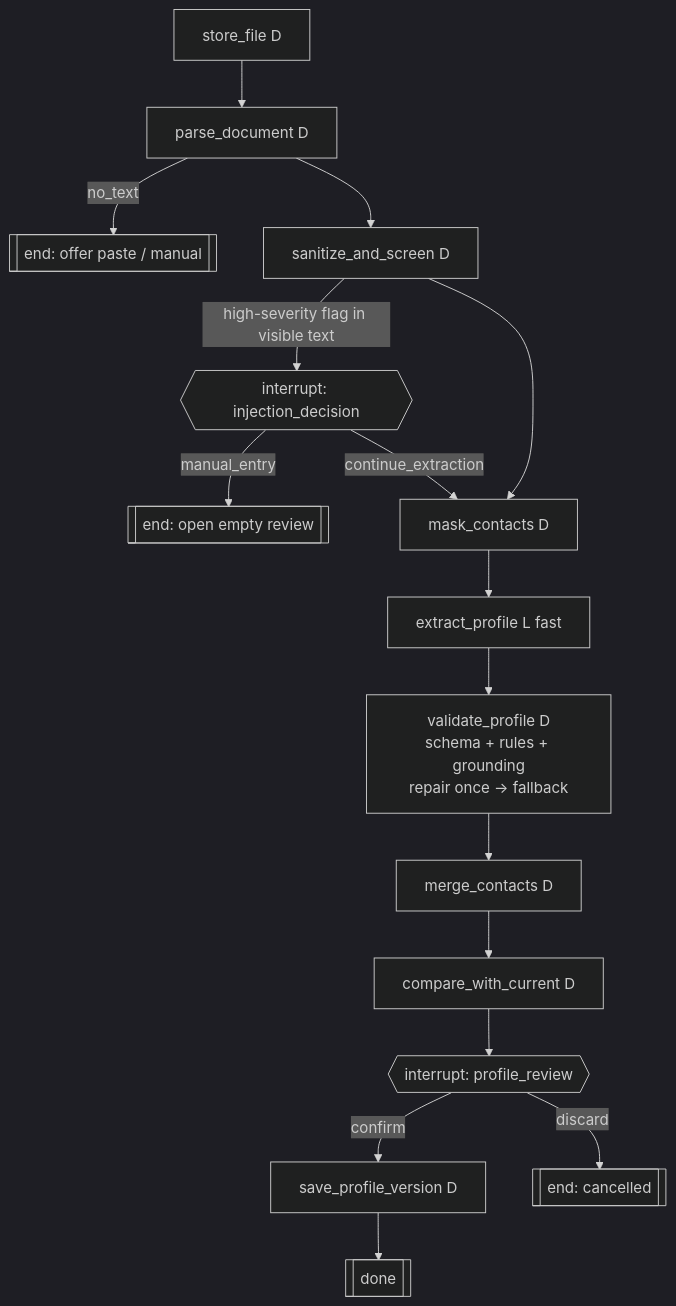
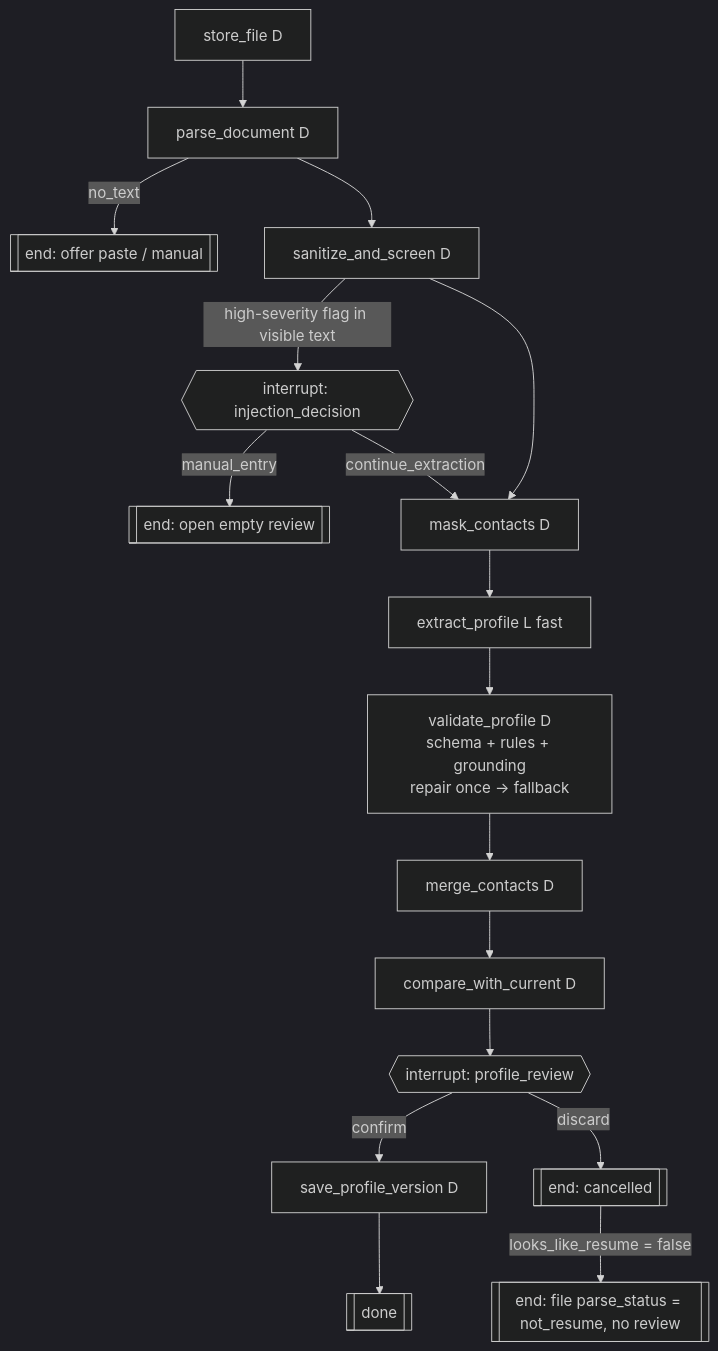
The diagram in specs/001-setup-and-profile/contracts/profile-ingest-workflow.md (RaviprasanthR/HireTitan), drawn with Mermaid (dark theme) before and after one commit. The commit also changed other lines of this file and 2 other files, not shown here.

Commit message:
[001-setup-and-profile - reject non-resumes docs] - If applied this commit will record the not-a-resume rule in the spec, the ingest workflow contract and the project context

````diff
--- a/specs/001-setup-and-profile/contracts/profile-ingest-workflow.md
+++ b/specs/001-setup-and-profile/contracts/profile-ingest-workflow.md
@@ -7,18 +7,19 @@
 ```mermaid
 flowchart TD
     A[store_file D] --> B[parse_document D]
     B -->|no_text| M1[[end: offer paste / manual]]
     B --> C[sanitize_and_screen D]
+    X[extract_profile] -->|looks_like_resume = false| M3[[end: file parse_status = not_resume, no review]]
     C -->|high-severity flag in visible text| I{{interrupt: injection_decision}}
     I -->|manual_entry| M2[[end: open empty review]]
     I -->|continue_extraction| D
     C --> D[mask_contacts D]
     D --> E[extract_profile L fast]
     E --> F[validate_profile D<br/>schema + rules + grounding<br/>repair once → fallback]
     F --> G[merge_contacts D]
     G --> H[compare_with_current D]
     H --> R{{interrupt: profile_review}}
     R -->|confirm| S[save_profile_version D]
     R -->|discard| X[[end: cancelled]]
     S --> Z[[done]]
 ```
````
